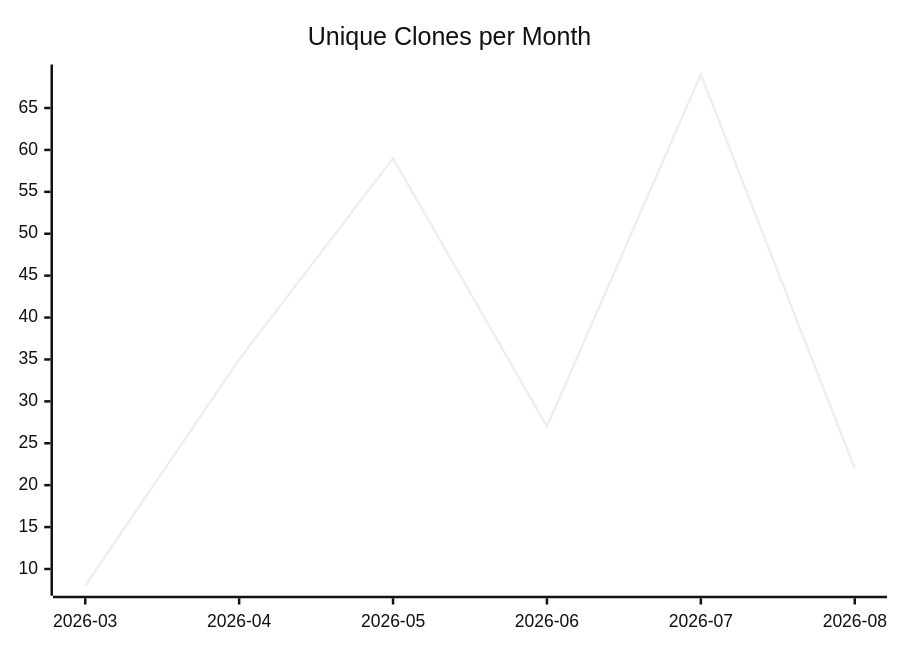
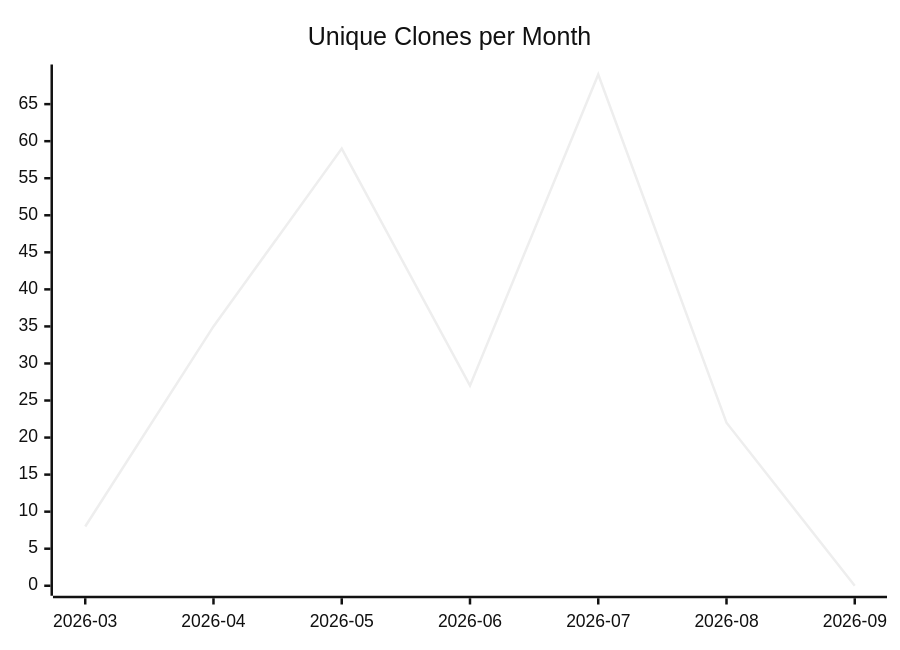
The third of 3 diagrams in karlmdavis/fhir-benchmarks/README.md (justdavis-family/github-analytics-data), drawn with Mermaid (neutral theme) before and after one commit. The commit also changed other lines of this file and 191 other files, not shown here.

````diff
--- a/karlmdavis/fhir-benchmarks/README.md
+++ b/karlmdavis/fhir-benchmarks/README.md
@@ -19,6 +19,6 @@
 ```mermaid
 xychart-beta
   title "Unique Clones per Month"
-  x-axis ["2026-03", "2026-04", "2026-05", "2026-06", "2026-07", "2026-08"]
-  line [8, 35, 59, 27, 69, 22]
+  x-axis ["2026-03", "2026-04", "2026-05", "2026-06", "2026-07", "2026-08", "2026-09"]
+  line [8, 35, 59, 27, 69, 22, 0]
 ```
````
